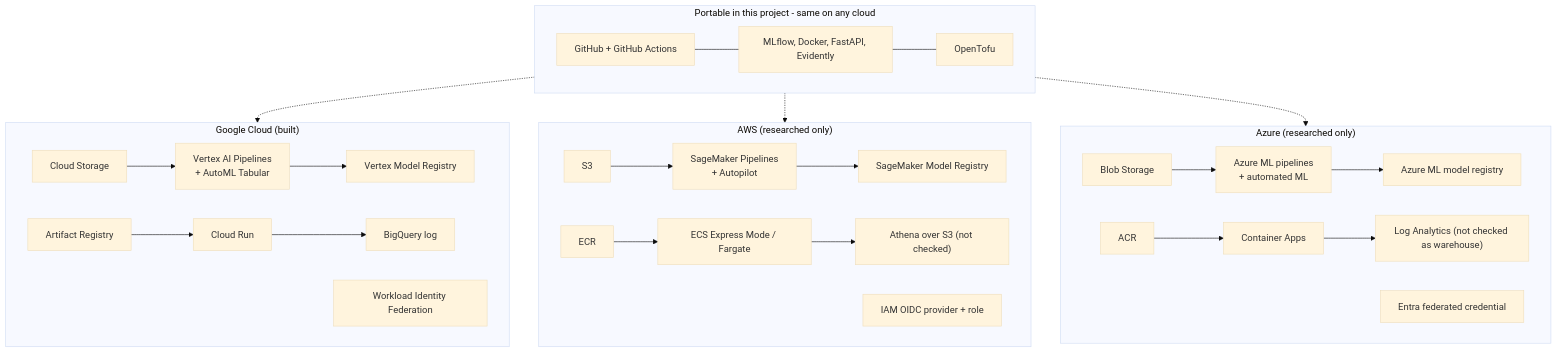
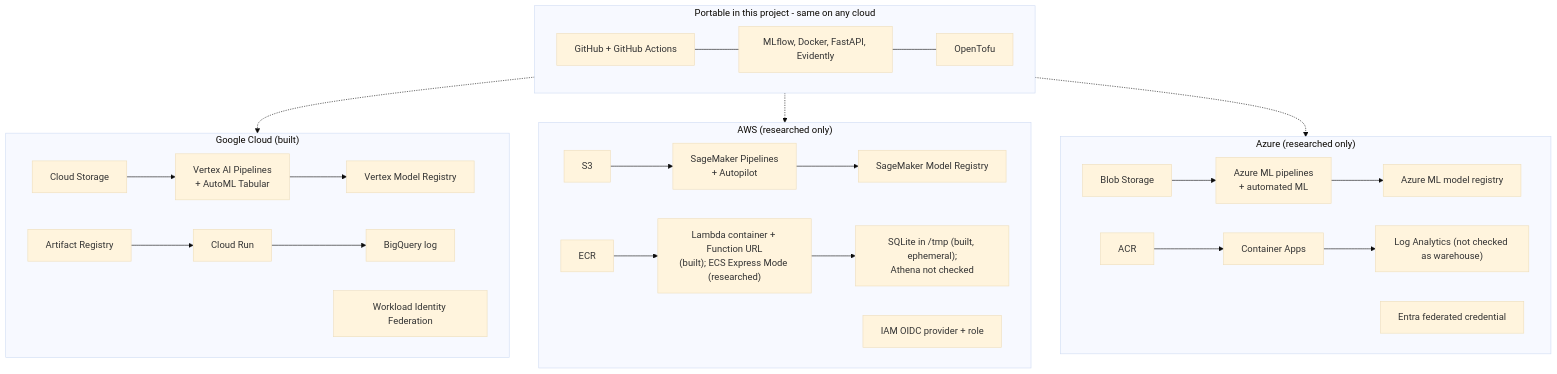
The diagram in docs/cloud-comparison.md (rosvend/MLOps), drawn with Mermaid (base theme) before and after one commit. The commit also changed other lines of this file and 17 other files, not shown here.

First line of the commit message:
feat: hands-on AWS deployment (Lambda container, canary, teardown) and the real comparison

````diff
--- a/docs/cloud-comparison.md
+++ b/docs/cloud-comparison.md
@@ -48,35 +50,35 @@
 ```mermaid
 flowchart TB
     subgraph common["Portable in this project - same on any cloud"]
         direction LR
         gh["GitHub + GitHub Actions"] --- ml["MLflow, Docker, FastAPI, Evidently"] --- tofu["OpenTofu"]
     end
 
     subgraph gcp["Google Cloud (built)"]
         g1["Cloud Storage"] --> g2["Vertex AI Pipelines<br/>+ AutoML Tabular"]
         g2 --> g3["Vertex Model Registry"]
         g4["Artifact Registry"] --> g5["Cloud Run"]
         g5 --> g6["BigQuery log"]
         g7["Workload Identity Federation"]
     end
 
     subgraph aws["AWS (researched only)"]
         a1["S3"] --> a2["SageMaker Pipelines<br/>+ Autopilot"]
         a2 --> a3["SageMaker Model Registry"]
-        a4["ECR"] --> a5["ECS Express Mode / Fargate"]
-        a5 --> a6["Athena over S3 (not checked)"]
+        a4["ECR"] --> a5["Lambda container + Function URL<br/>(built); ECS Express Mode (researched)"]
+        a5 --> a6["SQLite in /tmp (built, ephemeral);<br/>Athena not checked"]
         a7["IAM OIDC provider + role"]
     end
 
     subgraph az["Azure (researched only)"]
         z1["Blob Storage"] --> z2["Azure ML pipelines<br/>+ automated ML"]
         z2 --> z3["Azure ML model registry"]
         z4["ACR"] --> z5["Container Apps"]
         z5 --> z6["Log Analytics (not checked as warehouse)"]
         z7["Entra federated credential"]
     end
 
     common -.-> gcp
     common -.-> aws
     common -.-> az
 ```
````
